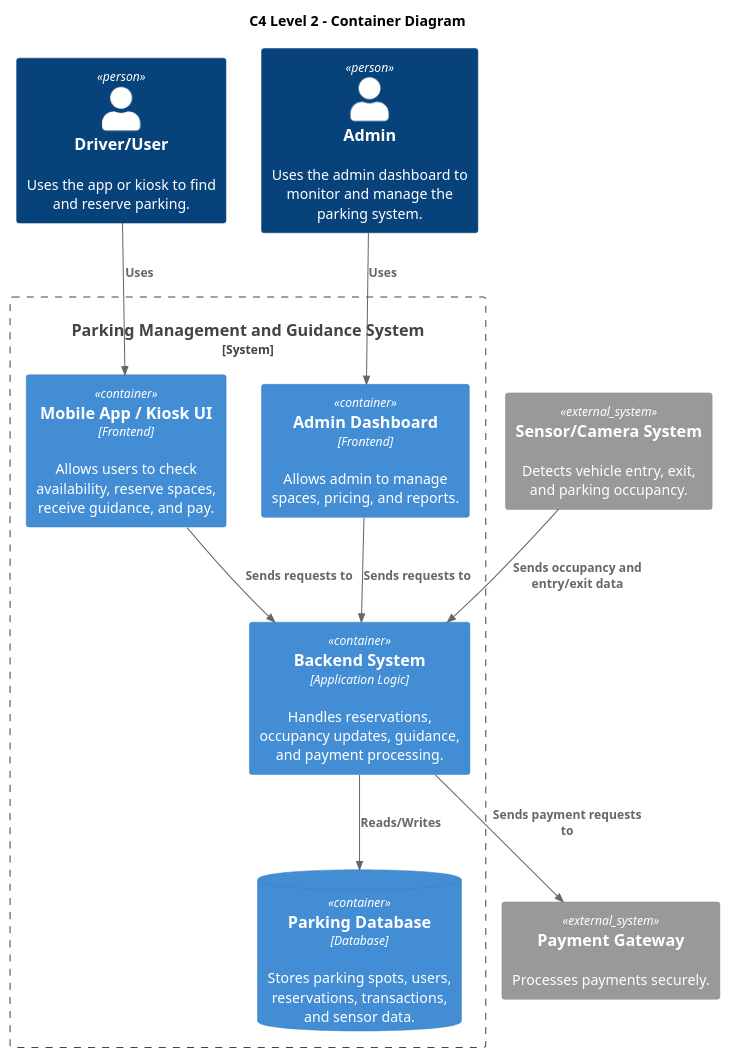
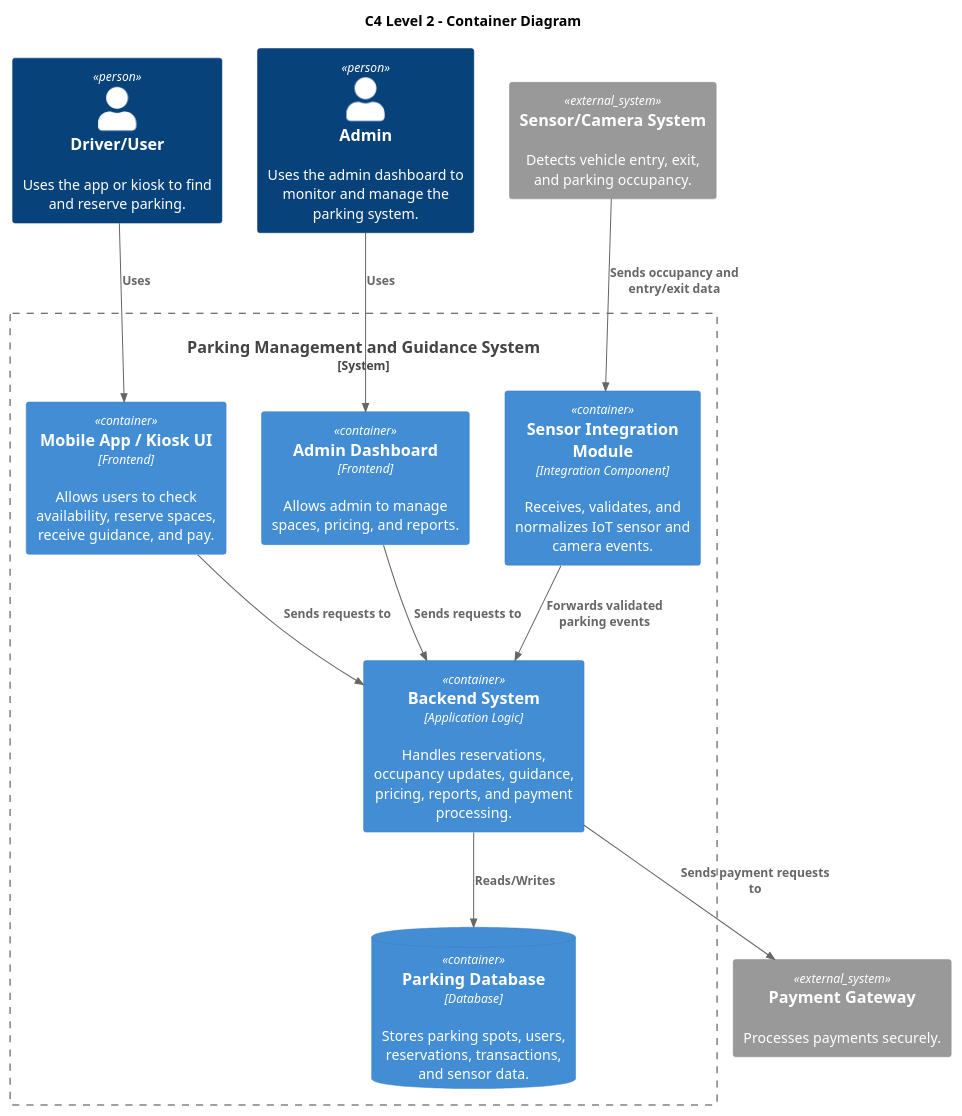
One commit to mar20210937/software-engineering changed the diagram in uml/c4_container.puml. Above: the diagram before and after it, drawn with PlantUML. The commit also changed 19 other files, not shown here.

```diff
--- a/uml/c4_container.puml
+++ b/uml/c4_container.puml
@@ -1,27 +1,29 @@
-@startuml c4
+@startuml c4_container
 !include https://raw.githubusercontent.com/plantuml-stdlib/C4-PlantUML/master/C4_Container.puml
 
 title C4 Level 2 - Container Diagram
 
 Person(user, "Driver/User", "Uses the app or kiosk to find and reserve parking.")
 Person(admin, "Admin", "Uses the admin dashboard to monitor and manage the parking system.")
 
 System_Ext(sensor, "Sensor/Camera System", "Detects vehicle entry, exit, and parking occupancy.")
 System_Ext(payment, "Payment Gateway", "Processes payments securely.")
 
 System_Boundary(system, "Parking Management and Guidance System") {
     Container(app, "Mobile App / Kiosk UI", "Frontend", "Allows users to check availability, reserve spaces, receive guidance, and pay.")
     Container(adminPanel, "Admin Dashboard", "Frontend", "Allows admin to manage spaces, pricing, and reports.")
-    Container(api, "Backend System", "Application Logic", "Handles reservations, occupancy updates, guidance, and payment processing.")
+    Container(api, "Backend System", "Application Logic", "Handles reservations, occupancy updates, guidance, pricing, reports, and payment processing.")
+    Container(integration, "Sensor Integration Module", "Integration Component", "Receives, validates, and normalizes IoT sensor and camera events.")
     ContainerDb(db, "Parking Database", "Database", "Stores parking spots, users, reservations, transactions, and sensor data.")
 }
 
 Rel(user, app, "Uses")
 Rel(admin, adminPanel, "Uses")
 Rel(app, api, "Sends requests to")
 Rel(adminPanel, api, "Sends requests to")
 Rel(api, db, "Reads/Writes")
-Rel(sensor, api, "Sends occupancy and entry/exit data")
+Rel(sensor, integration, "Sends occupancy and entry/exit data")
+Rel(integration, api, "Forwards validated parking events")
 Rel(api, payment, "Sends payment requests to")
 
 @enduml
```
